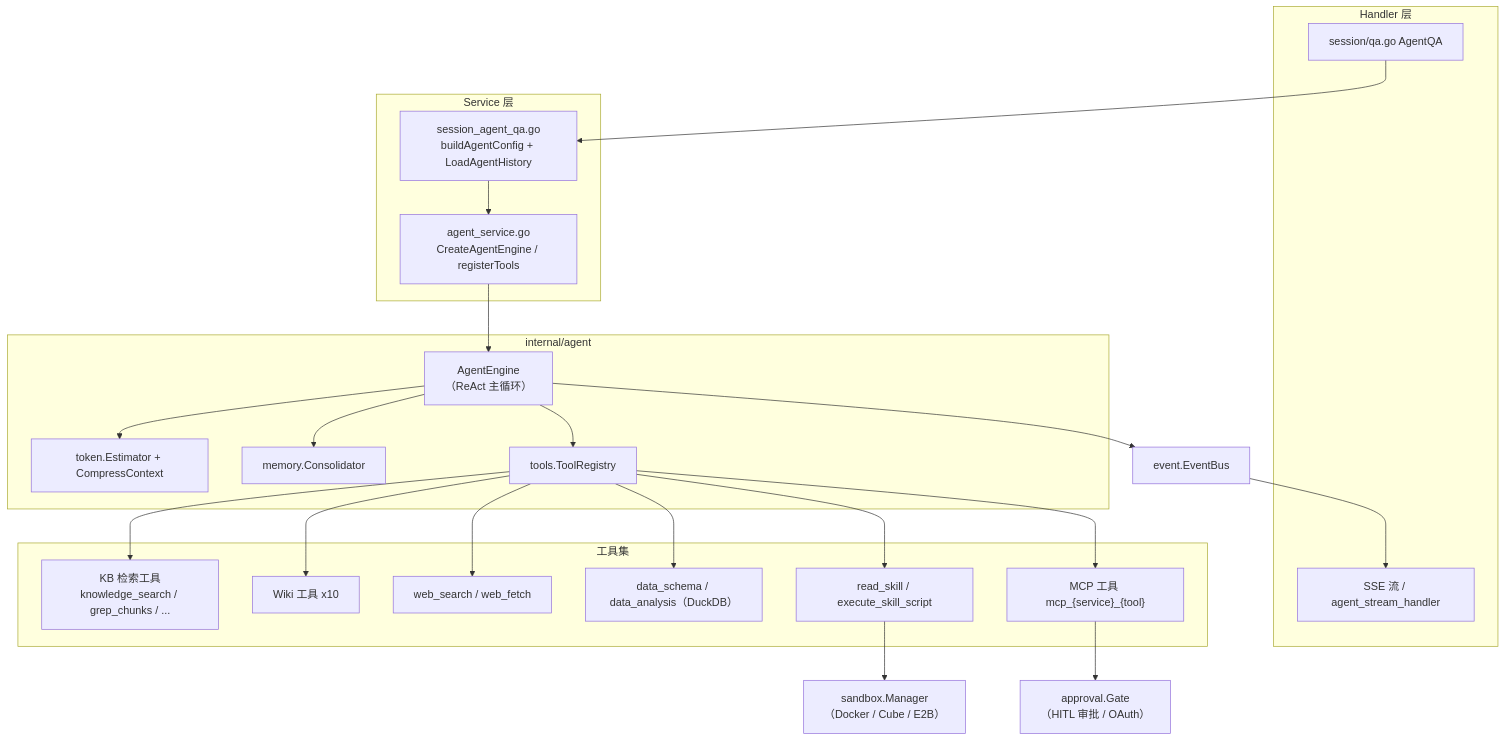
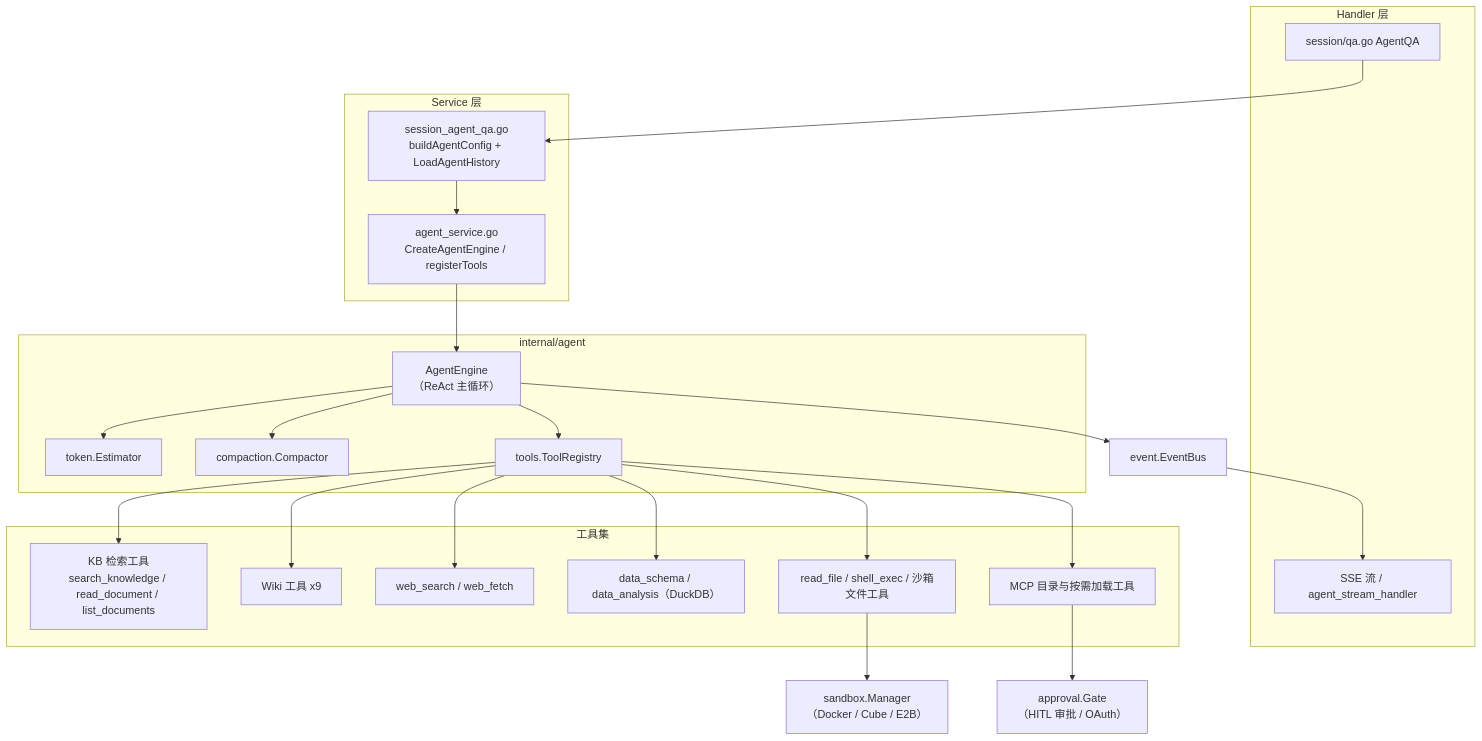
The first of 3 diagrams in website-docs/03-features/07-agent.md (Asoclaw/weknora-personal), drawn with Mermaid before and after one commit. The commit also changed other lines of this file and 2529 other files, not shown here.

````diff
--- a/website-docs/03-features/07-agent.md
+++ b/website-docs/03-features/07-agent.md
@@ -79,42 +239,42 @@
 ```mermaid
 flowchart TB
     subgraph HandlerLayer["Handler 层"]
         H1["session/qa.go AgentQA"]
         SSE["SSE 流 / agent_stream_handler"]
     end
     subgraph ServiceLayer["Service 层"]
         SQA["session_agent_qa.go<br/>buildAgentConfig + LoadAgentHistory"]
         AS["agent_service.go<br/>CreateAgentEngine / registerTools"]
     end
     subgraph EngineLayer["internal/agent"]
         ENG["AgentEngine<br/>（ReAct 主循环）"]
-        TOK["token.Estimator + CompressContext"]
-        MEM["memory.Consolidator"]
+        TOK["token.Estimator"]
+        MEM["compaction.Compactor"]
         REG["tools.ToolRegistry"]
     end
     subgraph Tools["工具集"]
-        KB["KB 检索工具<br/>knowledge_search / grep_chunks / ..."]
-        WIKI["Wiki 工具 x10"]
+        KB["KB 检索工具<br/>search_knowledge / read_document / list_documents"]
+        WIKI["Wiki 工具 x9"]
         WEB["web_search / web_fetch"]
         DATA["data_schema / data_analysis（DuckDB）"]
-        SKILL["read_skill / execute_skill_script"]
-        MCP["MCP 工具 mcp_{service}_{tool}"]
+        SKILL["read_file / shell_exec / 沙箱文件工具"]
+        MCP["MCP 目录与按需加载工具"]
     end
     GATE["approval.Gate<br/>（HITL 审批 / OAuth）"]
     SBX["sandbox.Manager<br/>（Docker / Cube / E2B）"]
     EB["event.EventBus"]
 
     H1 --> SQA --> AS --> ENG
     ENG --> TOK
     ENG --> MEM
     ENG --> REG
     REG --> KB
     REG --> WIKI
     REG --> WEB
     REG --> DATA
     REG --> SKILL
     REG --> MCP
     MCP --> GATE
     SKILL --> SBX
     ENG --> EB --> SSE
 ```
````
